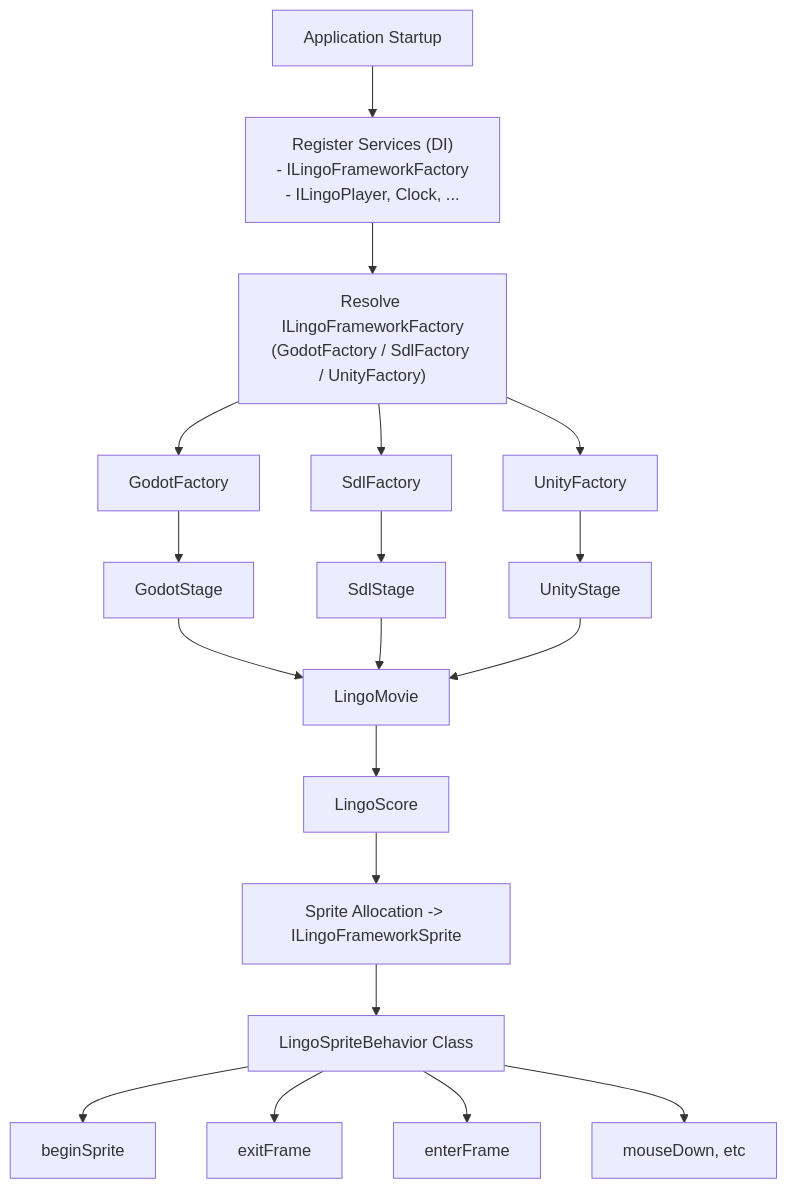
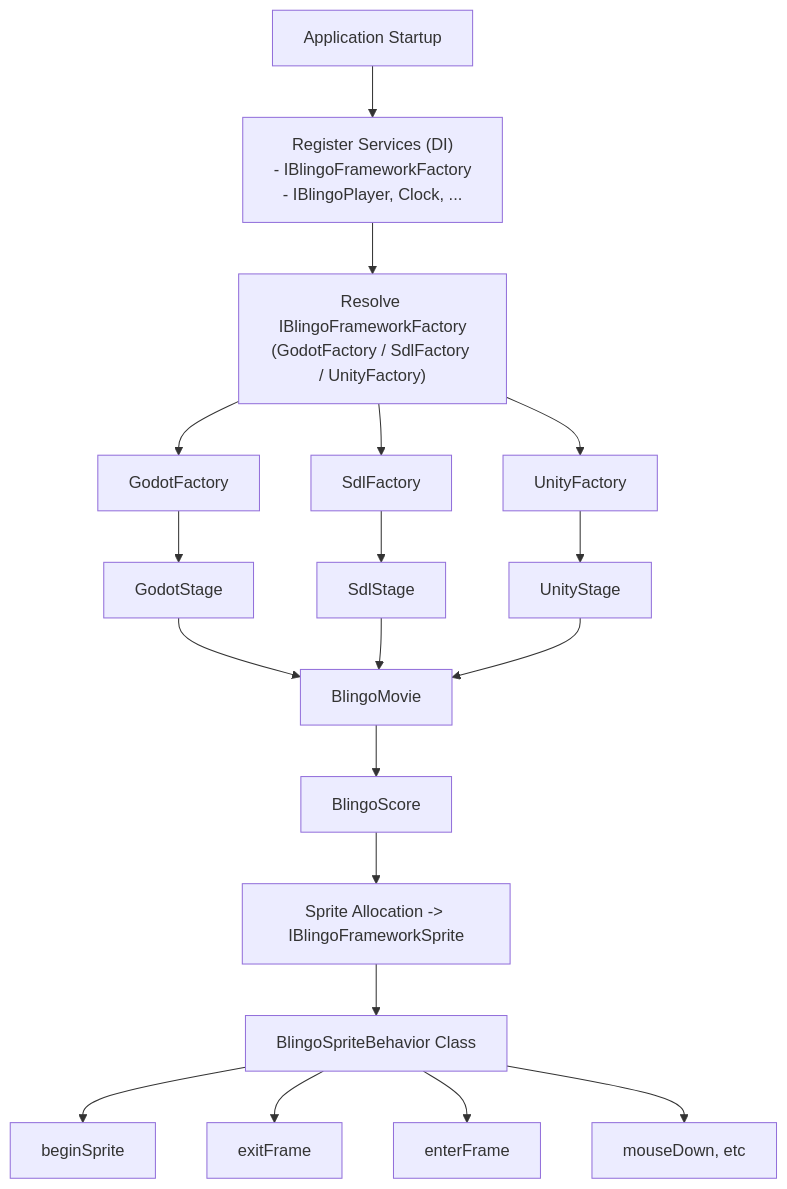
The fourth of 4 diagrams in docs/design/Architecture.md (EmmanuelTheCreator/BlingoEngine), drawn with Mermaid before and after one commit. The commit also changed other lines of this file and 2308 other files, not shown here.

````diff
--- a/docs/design/Architecture.md
+++ b/docs/design/Architecture.md
@@ -145,21 +145,21 @@
 ```mermaid
 graph TD
-    start[Application Startup] --> reg["Register Services (DI)\n- ILingoFrameworkFactory\n- ILingoPlayer, Clock, ..."]
-    reg --> resolve["Resolve ILingoFrameworkFactory\n(GodotFactory / SdlFactory / UnityFactory)"]
+    start[Application Startup] --> reg["Register Services (DI)\n- IBlingoFrameworkFactory\n- IBlingoPlayer, Clock, ..."]
+    reg --> resolve["Resolve IBlingoFrameworkFactory\n(GodotFactory / SdlFactory / UnityFactory)"]
     resolve --> godot[GodotFactory]
     resolve --> sdl[SdlFactory]
     resolve --> unity[UnityFactory]
     godot --> stageG[GodotStage]
     sdl --> stageS[SdlStage]
     unity --> stageU[UnityStage]
-    stageG --> movie[LingoMovie]
+    stageG --> movie[BlingoMovie]
     stageS --> movie
     stageU --> movie
-    movie --> score[LingoScore]
-    score --> alloc["Sprite Allocation -> ILingoFrameworkSprite"]
-    alloc --> behavior[LingoSpriteBehavior Class]
+    movie --> score[BlingoScore]
+    score --> alloc["Sprite Allocation -> IBlingoFrameworkSprite"]
+    alloc --> behavior[BlingoSpriteBehavior Class]
     behavior --> bbegin[beginSprite]
     behavior --> bexit[exitFrame]
     behavior --> benter[enterFrame]
     behavior --> bmouse[mouseDown, etc]
 ```
````
